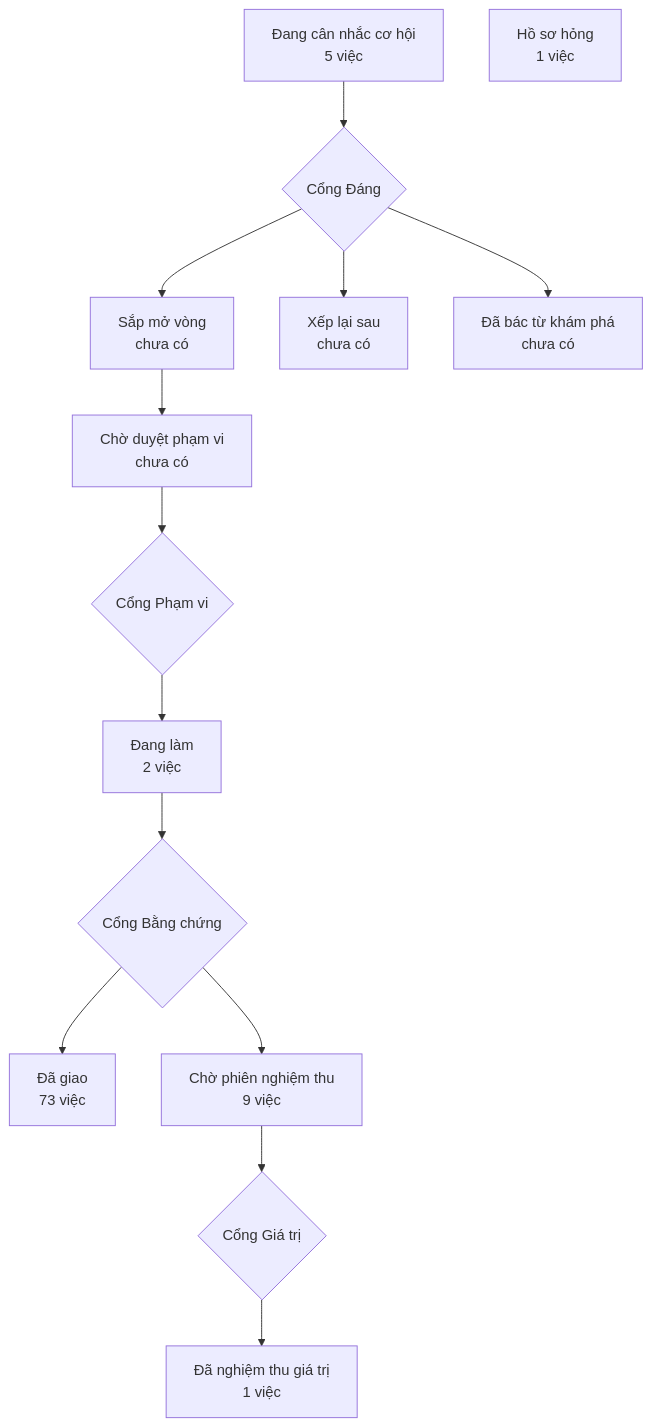
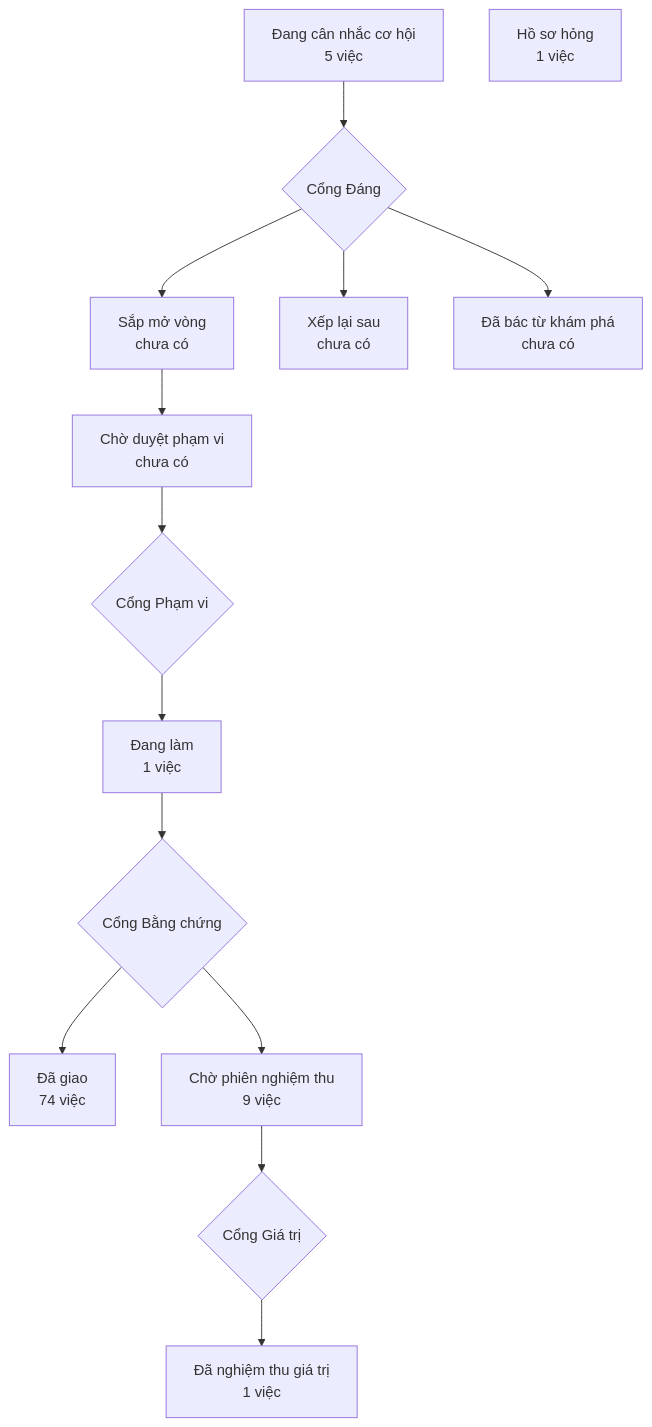
One commit to phanlemanh/crm-onehub changed the diagram in PRODUCT-MAP.md. Above: the diagram before and after it, drawn with Mermaid. The commit also changed 3 other files, not shown here.

````diff
--- a/PRODUCT-MAP.md
+++ b/PRODUCT-MAP.md
@@ -6,13 +6,13 @@
 ```mermaid
 flowchart TD
   A["Đang cân nhắc cơ hội<br/>5 việc"] --> GD{"Cổng Đáng"}
   GD --> B["Sắp mở vòng<br/>chưa có"]
   GD --> XL["Xếp lại sau<br/>chưa có"]
   GD --> DB["Đã bác từ khám phá<br/>chưa có"]
   B --> CD["Chờ duyệt phạm vi<br/>chưa có"] --> GP{"Cổng Phạm vi"}
-  GP --> DL["Đang làm<br/>2 việc"] --> GB{"Cổng Bằng chứng"}
-  GB --> DG["Đã giao<br/>73 việc"]
+  GP --> DL["Đang làm<br/>1 việc"] --> GB{"Cổng Bằng chứng"}
+  GB --> DG["Đã giao<br/>74 việc"]
   GB --> CN["Chờ phiên nghiệm thu<br/>9 việc"] --> GG{"Cổng Giá trị"}
   GG --> NT["Đã nghiệm thu giá trị<br/>1 việc"]
   HS["Hồ sơ hỏng<br/>1 việc"]
 ```
````
